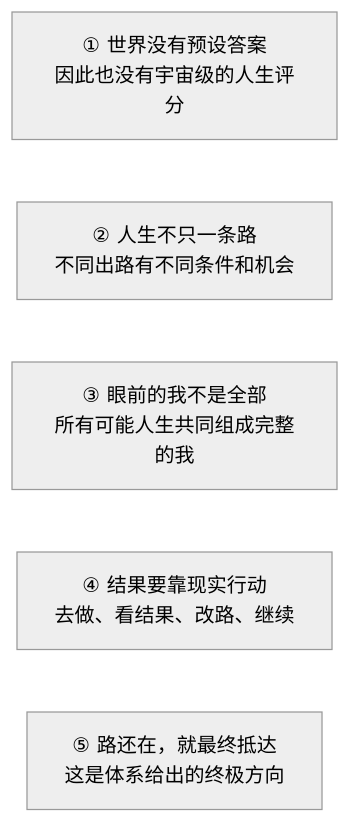
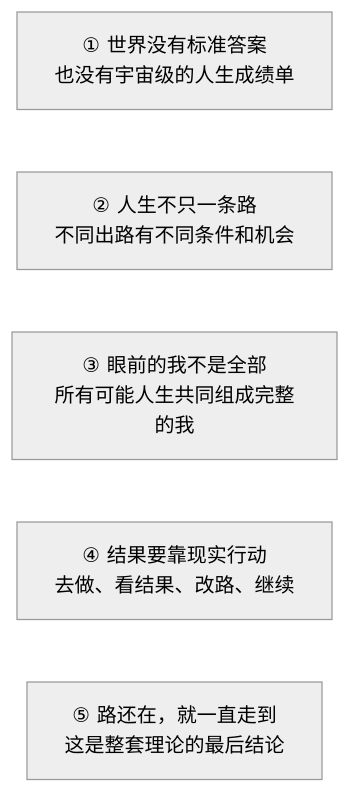
Before and after one commit to touensan/touen-circle-of-possibility: the diagram in README.md, drawn with Mermaid (neutral theme). The commit also changed other lines of this file and 1 other file, not shown here.

````diff
--- a/README.md
+++ b/README.md
@@ -281,13 +281,13 @@
 ```mermaid
 flowchart TB
-    A["① 世界没有预设答案<br/>因此也没有宇宙级的人生评分"]
+    A["① 世界没有标准答案<br/>也没有宇宙级的人生成绩单"]
     B["② 人生不只一条路<br/>不同出路有不同条件和机会"]
     C["③ 眼前的我不是全部<br/>所有可能人生共同组成完整的我"]
     D["④ 结果要靠现实行动<br/>去做、看结果、改路、继续"]
-    E["⑤ 路还在，就最终抵达<br/>这是体系给出的终极方向"]
+    E["⑤ 路还在，就一直走到<br/>这是整套理论的最后结论"]
 
     A ~~~ B
     B ~~~ C
     C ~~~ D
     D ~~~ E
 ```
````
